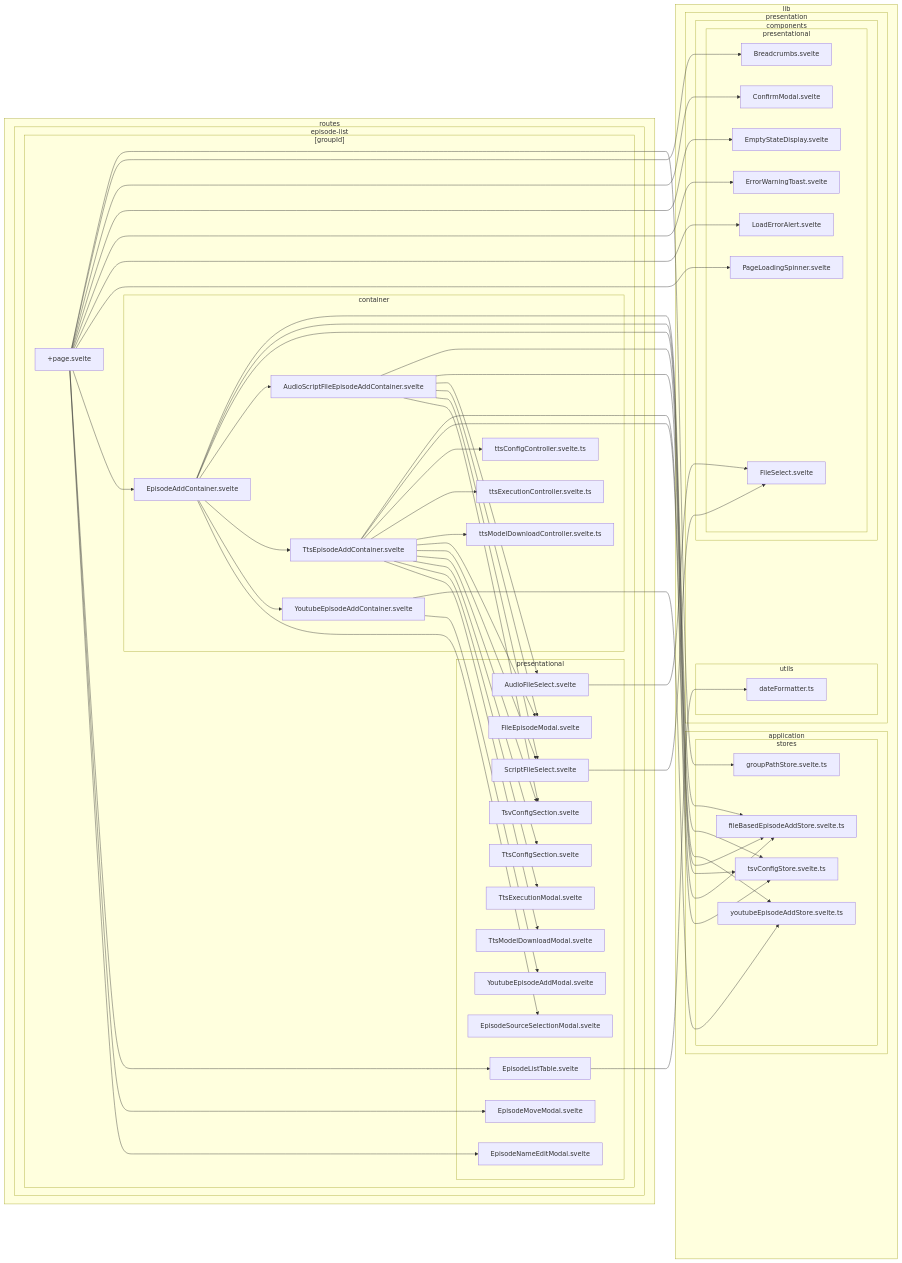
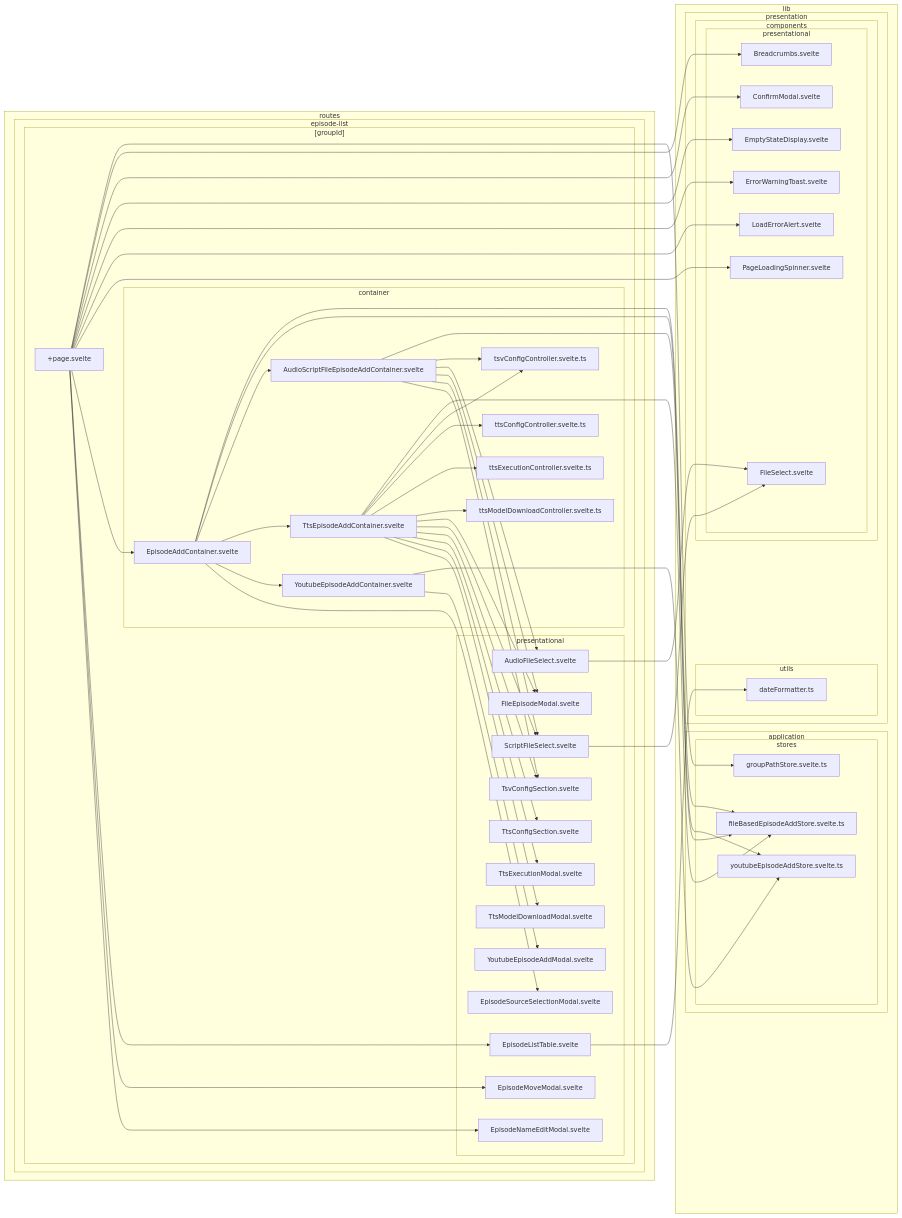
One commit to k5n/kotonoha changed the second of 38 diagrams in doc/dependency-graph.md. Above: the diagram before and after it, drawn with Mermaid. The commit also changed other lines of this file and 6 other files, not shown here.

Commit message:
refactor: remove tsvConfigStore and implement tsvConfigController for improved state management in episode components

```diff
--- a/doc/dependency-graph.md
+++ b/doc/dependency-graph.md
@@ -63,7 +63,6 @@
                 subgraph sg_lib_application_stores ["stores"]
                     src_lib_application_stores_fileBasedEpisodeAddStore_svelte_ts["fileBasedEpisodeAddStore.svelte.ts"]
                     src_lib_application_stores_groupPathStore_svelte_ts["groupPathStore.svelte.ts"]
-                    src_lib_application_stores_tsvConfigStore_svelte_ts["tsvConfigStore.svelte.ts"]
                     src_lib_application_stores_youtubeEpisodeAddStore_svelte_ts["youtubeEpisodeAddStore.svelte.ts"]
                 end
             end
@@ -90,6 +89,7 @@
                     subgraph sg_routes_episode_list__groupId__container ["container"]
                         src_routes_episode_list__groupId__container_AudioScriptFileEpisodeAddContainer_svelte["AudioScriptFileEpisodeAddContainer.svelte"]
                         src_routes_episode_list__groupId__container_EpisodeAddContainer_svelte["EpisodeAddContainer.svelte"]
+                        src_routes_episode_list__groupId__container_tsvConfigController_svelte_ts["tsvConfigController.svelte.ts"]
                         src_routes_episode_list__groupId__container_ttsConfigController_svelte_ts["ttsConfigController.svelte.ts"]
                         src_routes_episode_list__groupId__container_TtsEpisodeAddContainer_svelte["TtsEpisodeAddContainer.svelte"]
                         src_routes_episode_list__groupId__container_ttsExecutionController_svelte_ts["ttsExecutionController.svelte.ts"]
@@ -126,7 +126,6 @@
     src_routes_episode_list__groupId___page_svelte --> src_routes_episode_list__groupId__presentational_EpisodeMoveModal_svelte
     src_routes_episode_list__groupId___page_svelte --> src_routes_episode_list__groupId__presentational_EpisodeNameEditModal_svelte
     src_routes_episode_list__groupId__container_EpisodeAddContainer_svelte --> src_lib_application_stores_fileBasedEpisodeAddStore_svelte_ts
-    src_routes_episode_list__groupId__container_EpisodeAddContainer_svelte --> src_lib_application_stores_tsvConfigStore_svelte_ts
     src_routes_episode_list__groupId__container_EpisodeAddContainer_svelte --> src_lib_application_stores_youtubeEpisodeAddStore_svelte_ts
     src_routes_episode_list__groupId__container_EpisodeAddContainer_svelte --> src_routes_episode_list__groupId__container_AudioScriptFileEpisodeAddContainer_svelte
     src_routes_episode_list__groupId__container_EpisodeAddContainer_svelte --> src_routes_episode_list__groupId__container_TtsEpisodeAddContainer_svelte
@@ -134,13 +133,13 @@
     src_routes_episode_list__groupId__container_EpisodeAddContainer_svelte --> src_routes_episode_list__groupId__presentational_EpisodeSourceSelectionModal_svelte
     src_routes_episode_list__groupId__presentational_EpisodeListTable_svelte --> src_lib_presentation_utils_dateFormatter_ts
     src_routes_episode_list__groupId__container_AudioScriptFileEpisodeAddContainer_svelte --> src_lib_application_stores_fileBasedEpisodeAddStore_svelte_ts
-    src_routes_episode_list__groupId__container_AudioScriptFileEpisodeAddContainer_svelte --> src_lib_application_stores_tsvConfigStore_svelte_ts
+    src_routes_episode_list__groupId__container_AudioScriptFileEpisodeAddContainer_svelte --> src_routes_episode_list__groupId__container_tsvConfigController_svelte_ts
     src_routes_episode_list__groupId__container_AudioScriptFileEpisodeAddContainer_svelte --> src_routes_episode_list__groupId__presentational_AudioFileSelect_svelte
     src_routes_episode_list__groupId__container_AudioScriptFileEpisodeAddContainer_svelte --> src_routes_episode_list__groupId__presentational_FileEpisodeModal_svelte
     src_routes_episode_list__groupId__container_AudioScriptFileEpisodeAddContainer_svelte --> src_routes_episode_list__groupId__presentational_ScriptFileSelect_svelte
     src_routes_episode_list__groupId__container_AudioScriptFileEpisodeAddContainer_svelte --> src_routes_episode_list__groupId__presentational_TsvConfigSection_svelte
     src_routes_episode_list__groupId__container_TtsEpisodeAddContainer_svelte --> src_lib_application_stores_fileBasedEpisodeAddStore_svelte_ts
-    src_routes_episode_list__groupId__container_TtsEpisodeAddContainer_svelte --> src_lib_application_stores_tsvConfigStore_svelte_ts
+    src_routes_episode_list__groupId__container_TtsEpisodeAddContainer_svelte --> src_routes_episode_list__groupId__container_tsvConfigController_svelte_ts
     src_routes_episode_list__groupId__container_TtsEpisodeAddContainer_svelte --> src_routes_episode_list__groupId__container_ttsConfigController_svelte_ts
     src_routes_episode_list__groupId__container_TtsEpisodeAddContainer_svelte --> src_routes_episode_list__groupId__container_ttsExecutionController_svelte_ts
     src_routes_episode_list__groupId__container_TtsEpisodeAddContainer_svelte --> src_routes_episode_list__groupId__container_ttsModelDownloadController_svelte_ts
```
